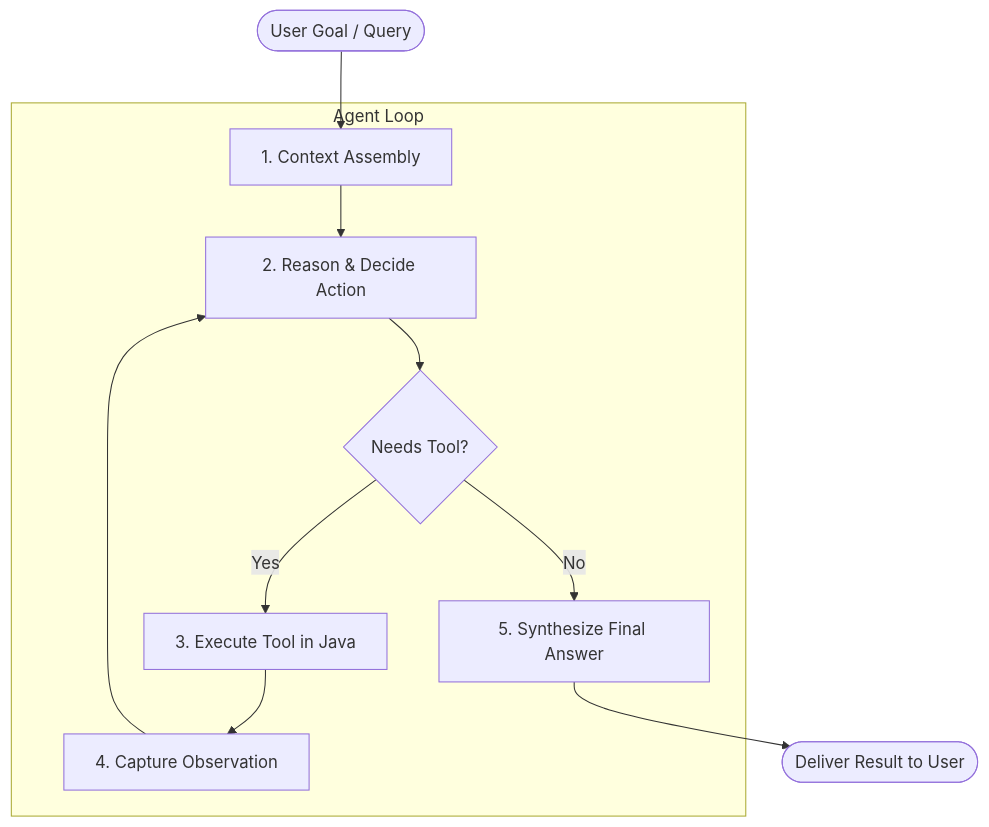
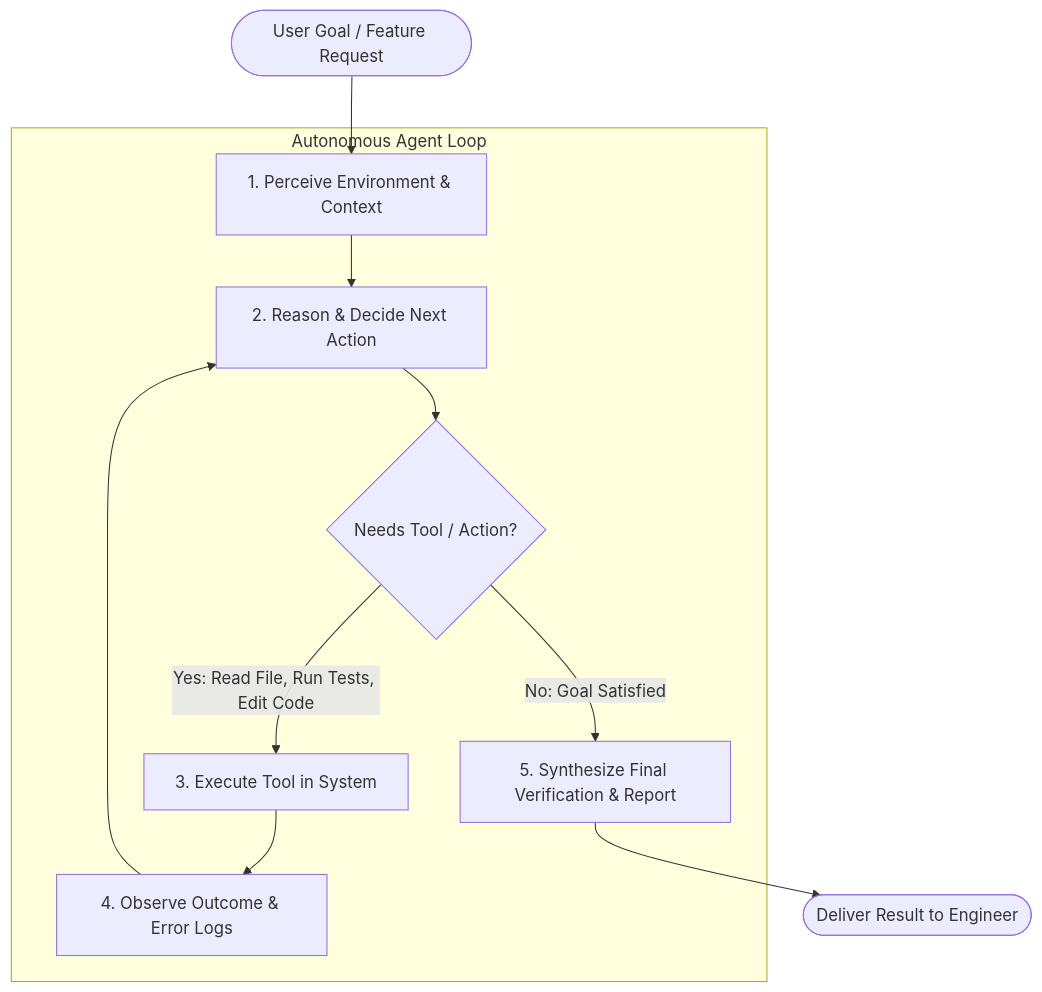
One commit to Xceptance/ai-workshop-demo changed the diagram in docs/01_WHAT_IS_AN_AGENT.md. Above: the diagram before and after it, drawn with Mermaid. The commit also changed other lines of this file and 5 other files, not shown here.

````diff
--- a/docs/01_WHAT_IS_AN_AGENT.md
+++ b/docs/01_WHAT_IS_AN_AGENT.md
@@ -17,13 +42,13 @@
 ```mermaid
 flowchart TD
-    Goal([User Goal / Query]) --> Loop
-    subgraph Agent Loop
-        Loop[1. Context Assembly] --> Thought[2. Reason & Decide Action]
-        Thought --> ToolChoice{Needs Tool?}
-        ToolChoice -->|Yes| Action[3. Execute Tool in Java]
-        Action --> Observe[4. Capture Observation]
+    Goal([User Goal / Feature Request]) --> Loop
+    subgraph Autonomous Agent Loop
+        Loop[1. Perceive Environment & Context] --> Thought[2. Reason & Decide Next Action]
+        Thought --> ToolChoice{Needs Tool / Action?}
+        ToolChoice -->|Yes: Read File, Run Tests, Edit Code| Action[3. Execute Tool in System]
+        Action --> Observe[4. Observe Outcome & Error Logs]
         Observe --> Thought
-        ToolChoice -->|No| Answer[5. Synthesize Final Answer]
+        ToolChoice -->|No: Goal Satisfied| Answer[5. Synthesize Final Verification & Report]
     end
-    Answer --> User([Deliver Result to User])
+    Answer --> User([Deliver Result to Engineer])
 ```
````
